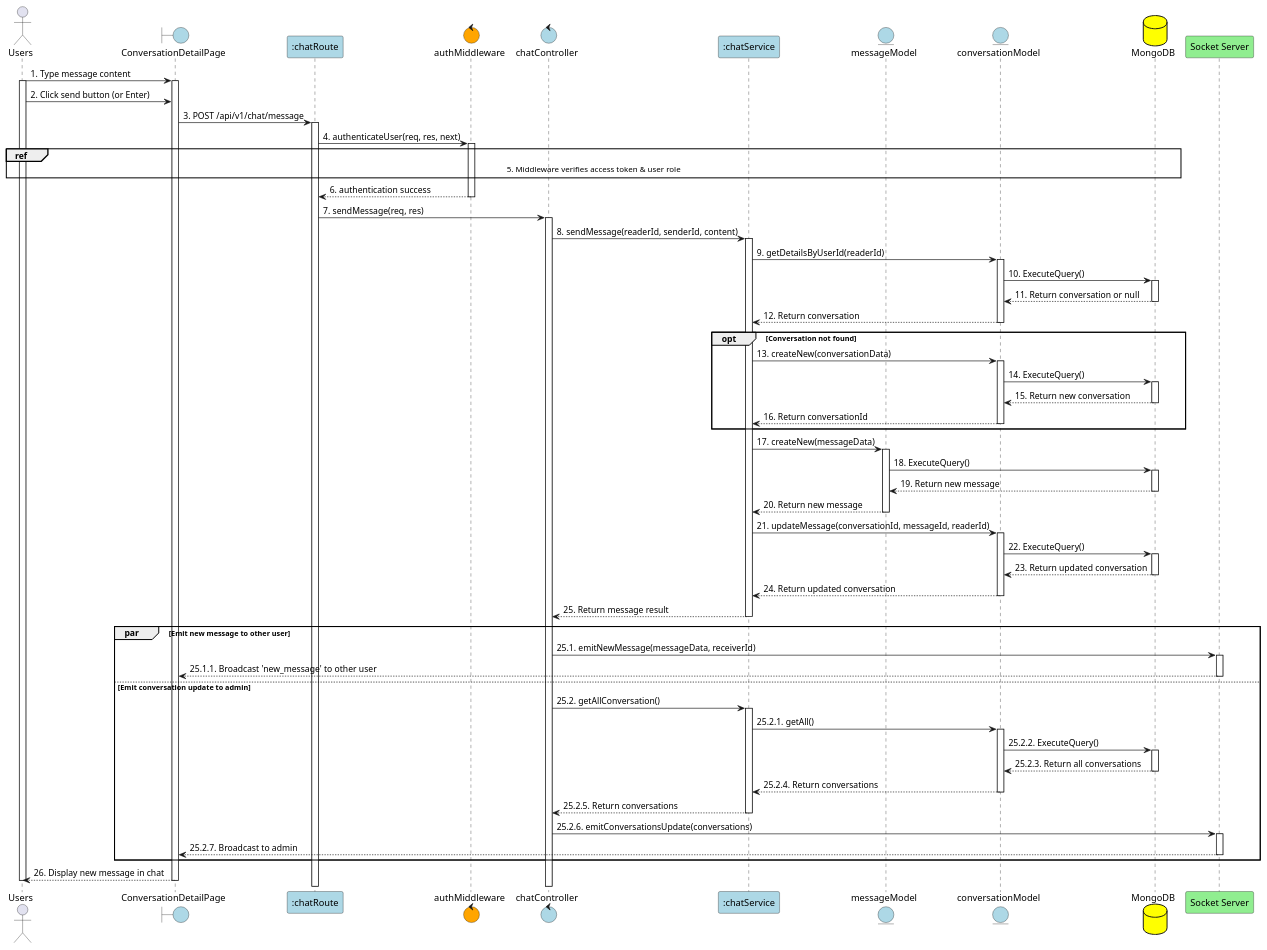
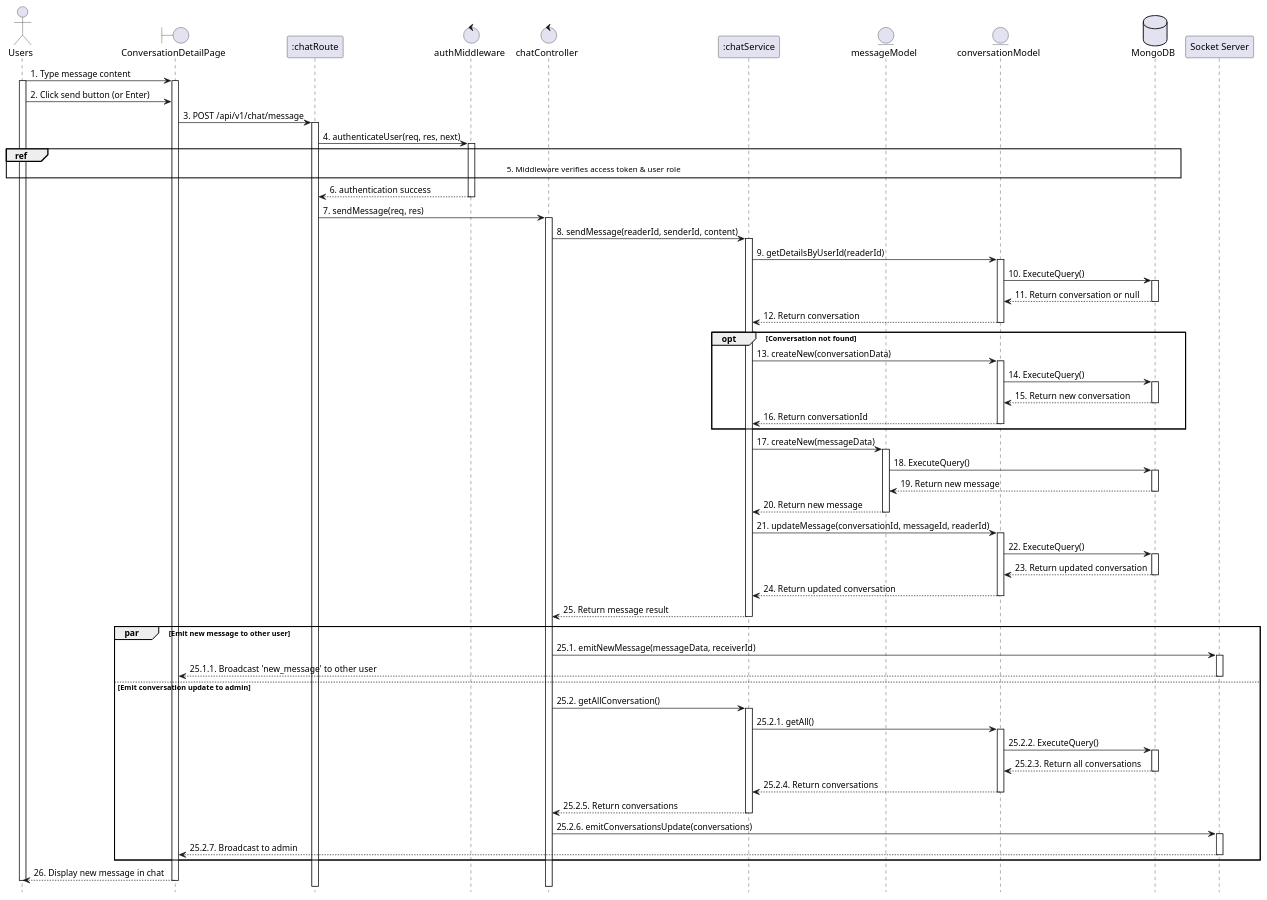
Before and after one commit to VietDurian/VietDurian: the diagram in planuml/web/21.1_sendMessage.puml, drawn with PlantUML. The commit also changed 22 other files, not shown here.

Commit message:
update sequence + be: fix type-product-pagination

```diff
--- a/planuml/web/21.1_sendMessage.puml
+++ b/planuml/web/21.1_sendMessage.puml
@@ -1,113 +1,114 @@
 @startuml SendMessage
 
 actor User as "Users"
-boundary "ConversationDetailPage" as View #lightblue
-participant ":chatRoute" as Route #lightblue
-control "authMiddleware" as Auth #Orange
-control "chatController" as Controller #lightblue
-participant ":chatService" as Service #lightblue
-entity "messageModel" as MsgModel #lightblue
-entity "conversationModel" as ConvModel #lightblue
-database "MongoDB" as MongoDB #yellow
-participant "Socket Server" as Socket #lightgreen
+boundary "ConversationDetailPage" as View
+participant ":chatRoute" as Route 
+control "authMiddleware" as Auth 
+control "chatController" as Controller 
+participant ":chatService" as Service 
+entity "messageModel" as MsgModel 
+entity "conversationModel" as ConvModel 
+database "MongoDB" as MongoDB 
+participant "Socket Server" as Socket 
+hide footbox
 
     User -> View: 1. Type message content
     activate User
     activate View
 
     User -> View: 2. Click send button (or Enter)
 
     View -> Route: 3. POST /api/v1/chat/message
     activate Route
 
     Route -> Auth: 4. authenticateUser(req, res, next)
     activate Auth
     
-    ref over User, View, Route, Auth, Controller, Service, ConvModel, MsgModel, MongoDB : 5. Middleware verifies access token & user role
+    ref over User, MongoDB : 5. Middleware verifies access token & user role
 
     Auth --> Route: 6. authentication success
     deactivate Auth
 
     Route -> Controller: 7. sendMessage(req, res)
     activate Controller
 
     Controller -> Service: 8. sendMessage(readerId, senderId, content)
     activate Service
 
     Service -> ConvModel: 9. getDetailsByUserId(readerId)
     activate ConvModel
 
     ConvModel -> MongoDB: 10. ExecuteQuery()
     activate MongoDB
     MongoDB --> ConvModel: 11. Return conversation or null
     deactivate MongoDB
 
     ConvModel --> Service: 12. Return conversation
     deactivate ConvModel
 
     opt Conversation not found
         Service -> ConvModel: 13. createNew(conversationData)
         activate ConvModel
         ConvModel -> MongoDB: 14. ExecuteQuery()
         activate MongoDB
         MongoDB --> ConvModel: 15. Return new conversation
         deactivate MongoDB
         ConvModel --> Service: 16. Return conversationId
         deactivate ConvModel
     end
 
     Service -> MsgModel: 17. createNew(messageData)
     activate MsgModel
 
     MsgModel -> MongoDB: 18. ExecuteQuery()
     activate MongoDB
     MongoDB --> MsgModel: 19. Return new message
     deactivate MongoDB
 
     MsgModel --> Service: 20. Return new message
     deactivate MsgModel
 
     Service -> ConvModel: 21. updateMessage(conversationId, messageId, readerId)
     activate ConvModel
 
     ConvModel -> MongoDB: 22. ExecuteQuery()
     activate MongoDB
     MongoDB --> ConvModel: 23. Return updated conversation
     deactivate MongoDB
 
     ConvModel --> Service: 24. Return updated conversation
     deactivate ConvModel
 
     Service --> Controller: 25. Return message result
     deactivate Service
 
     par Emit new message to other user
         Controller -> Socket: 25.1. emitNewMessage(messageData, receiverId)
         activate Socket
         Socket --> View: 25.1.1. Broadcast 'new_message' to other user
         deactivate Socket
     else Emit conversation update to admin
         Controller -> Service: 25.2. getAllConversation()
         activate Service
         Service -> ConvModel: 25.2.1. getAll()
         activate ConvModel
         ConvModel -> MongoDB: 25.2.2. ExecuteQuery()
         activate MongoDB
         MongoDB --> ConvModel: 25.2.3. Return all conversations
         deactivate MongoDB
         ConvModel --> Service: 25.2.4. Return conversations
         deactivate ConvModel
         Service --> Controller: 25.2.5. Return conversations
         deactivate Service
         
         Controller -> Socket: 25.2.6. emitConversationsUpdate(conversations)
         activate Socket
         Socket --> View: 25.2.7. Broadcast to admin
         deactivate Socket
     end
 
     View --> User: 26. Display new message in chat
     deactivate View
     deactivate User
 
 @enduml
```
